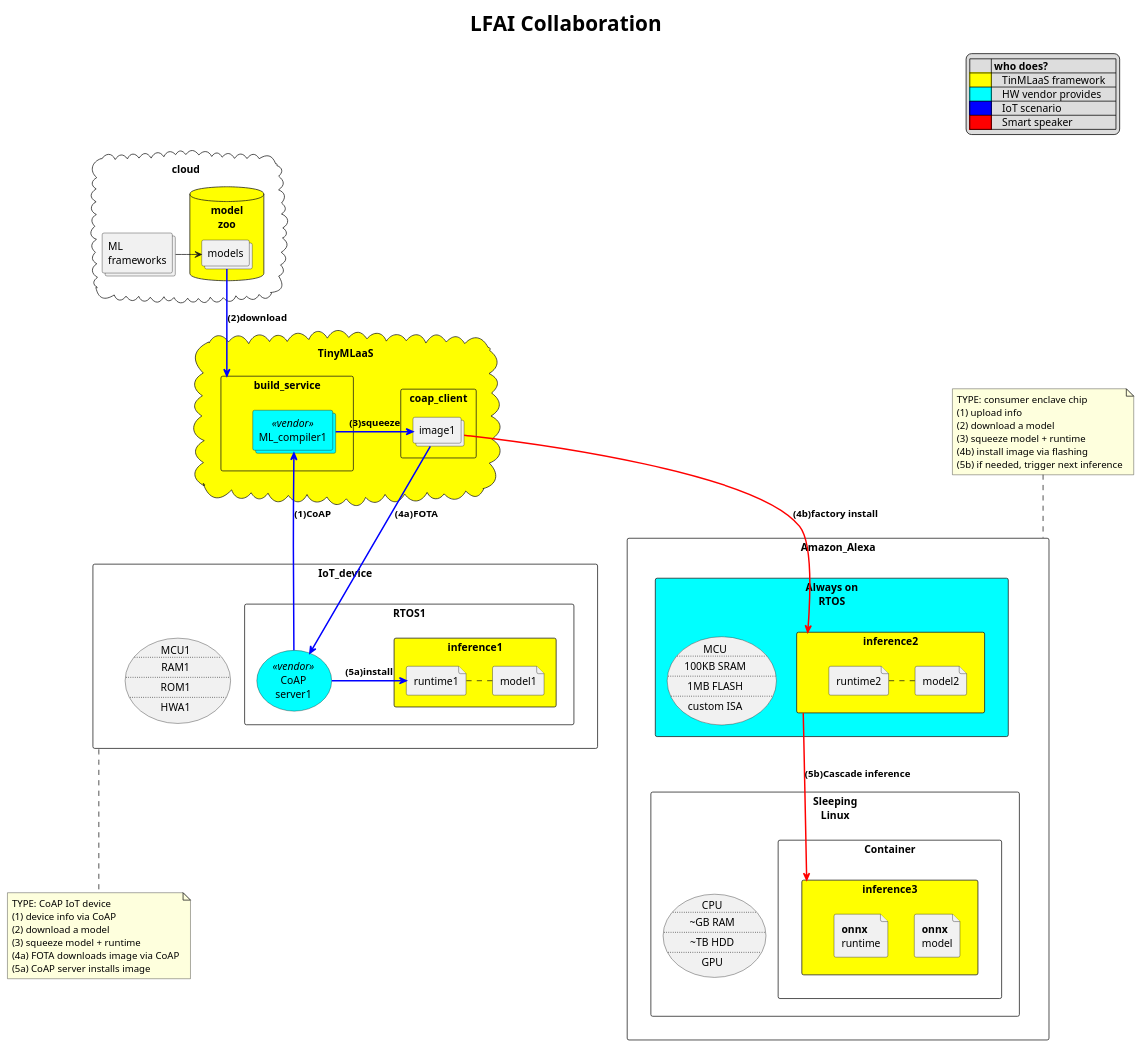
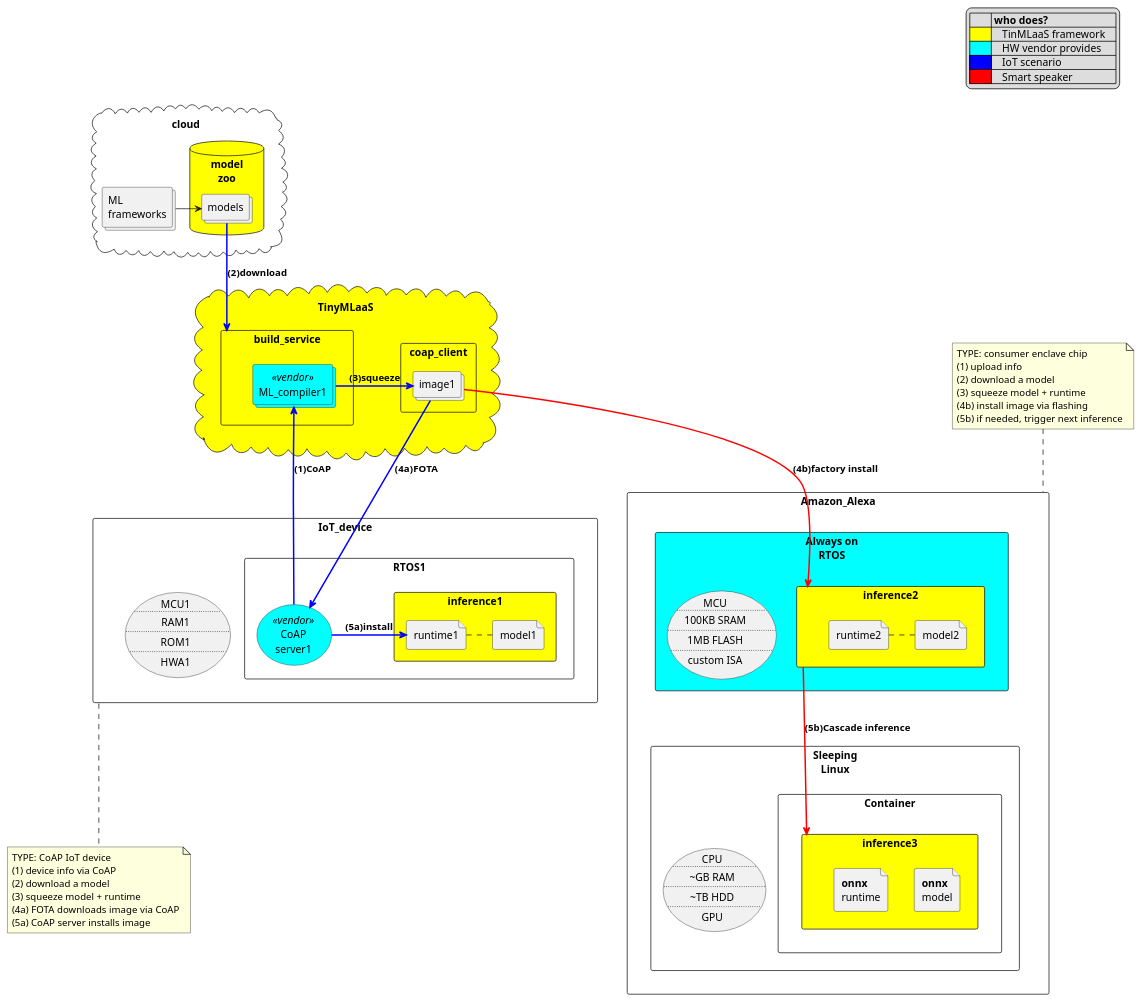
One commit to doyu/elc2019 changed the diagram in tmlaas.puml. Above: the diagram before and after it, drawn with PlantUML. The commit also changed 2 other files, not shown here.

```diff
--- a/tmlaas.puml
+++ b/tmlaas.puml
@@ -1,112 +1,112 @@
 @startuml
 
 'skinparam legendFontSize 28
 skinparam titleFontSize 28
-title LFAI Collaboration
+'title LFAI Collaboration
 
 cloud cloud {
         collections "ML\nframeworks" as mlf
         database model\nzoo #yellow {
                 collections models
         }
         mlf -> models
 }
 
 Cloud TinyMLaaS #yellow {
         rectangle build_service {
                 collections ML_compiler1 <<vendor>> #Aqua
         }
         rectangle coap_client {
                 collections image1
         }
         ML_compiler1 -[#blue,bold]> image1 : **(3)squeeze**
 }
 
 build_service <-[#blue,bold]up- models : **(2)download**
 
 rectangle IoT_device {
 	usecase device1 as "MCU1
                 ..
 	        RAM1
                 ..
 	        ROM1
                 ..
 		HWA1"
         rectangle RTOS1 {
                 (CoAP\nserver1) as coap_server1 <<vendor>> #Aqua
         	rectangle inference1 #yellow {
         	        file model1
         	        file runtime1
                         runtime1 .right. model1
         	}
         }
 }
 
 coap_server1 -[#blue,bold]up-> ML_compiler1 : **(1)CoAP**
 image1 -[#blue,bold]down-> coap_server1 : **(4a)FOTA**
 coap_server1 -[#blue,bold]> runtime1 : **(5a)install**
 
 note bottom of IoT_device
 TYPE: CoAP IoT device
 (1) device info via CoAP
 (2) download a model
 (3) squeeze model + runtime
 (4a) FOTA downloads image via CoAP
 (5a) CoAP server installs image
 end note
 
 rectangle Amazon_Alexa {
         rectangle "Always on\nRTOS" #aqua {
 		usecase device2 as "MCU
 	                ..
 		        100KB SRAM
 	                ..
 		        1MB FLASH
 	                ..
 			custom ISA"
         	rectangle inference2 #yellow {
         	        file model2
         	        file runtime2
                         runtime2 .right. model2
         	}
         }
 	rectangle "Sleeping\nLinux" {
 		usecase device3 as "CPU
 	                ..
 		        ~GB RAM
 	                ..
 		        ~TB HDD
 	                ..
 			GPU"
 		rectangle Container {
         		rectangle inference3 #yellow {
         		        file "**onnx**\nmodel"
         		        file "**onnx**\nruntime"
         		}
 		}
 	}
 	inference2 .[#red,bold]down.> inference3 : **(5b)Cascade inference**
 }
 
 image1 .[#red,bold]down.> inference2 : **(4b)factory install**
 
 note top of Amazon_Alexa
 TYPE: consumer enclave chip
 (1) upload info
 (2) download a model
 (3) squeeze model + runtime
 (4b) install image via flashing
 (5b) if needed, trigger next inference
 end note
 
 
 legend top right
 |= |= who does? |
 |<back:yellow>        </back>|    TinMLaaS framework    |
 |<back:aqua>        </back>|    HW vendor provides    |
 |<back:blue>        </back>|    IoT scenario    |
 |<back:red>        </back>|    Smart speaker    |
 end legend
 
 
 @enduml
```
